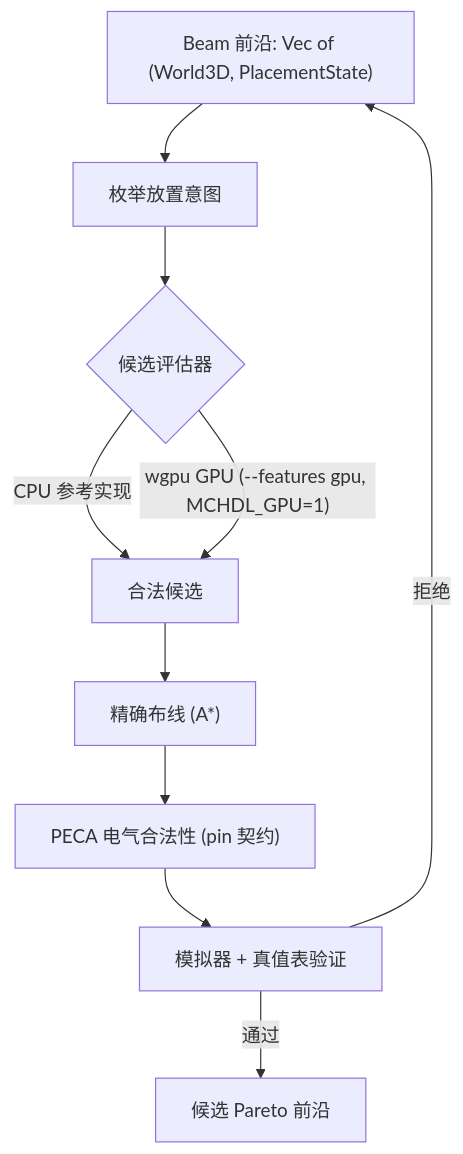
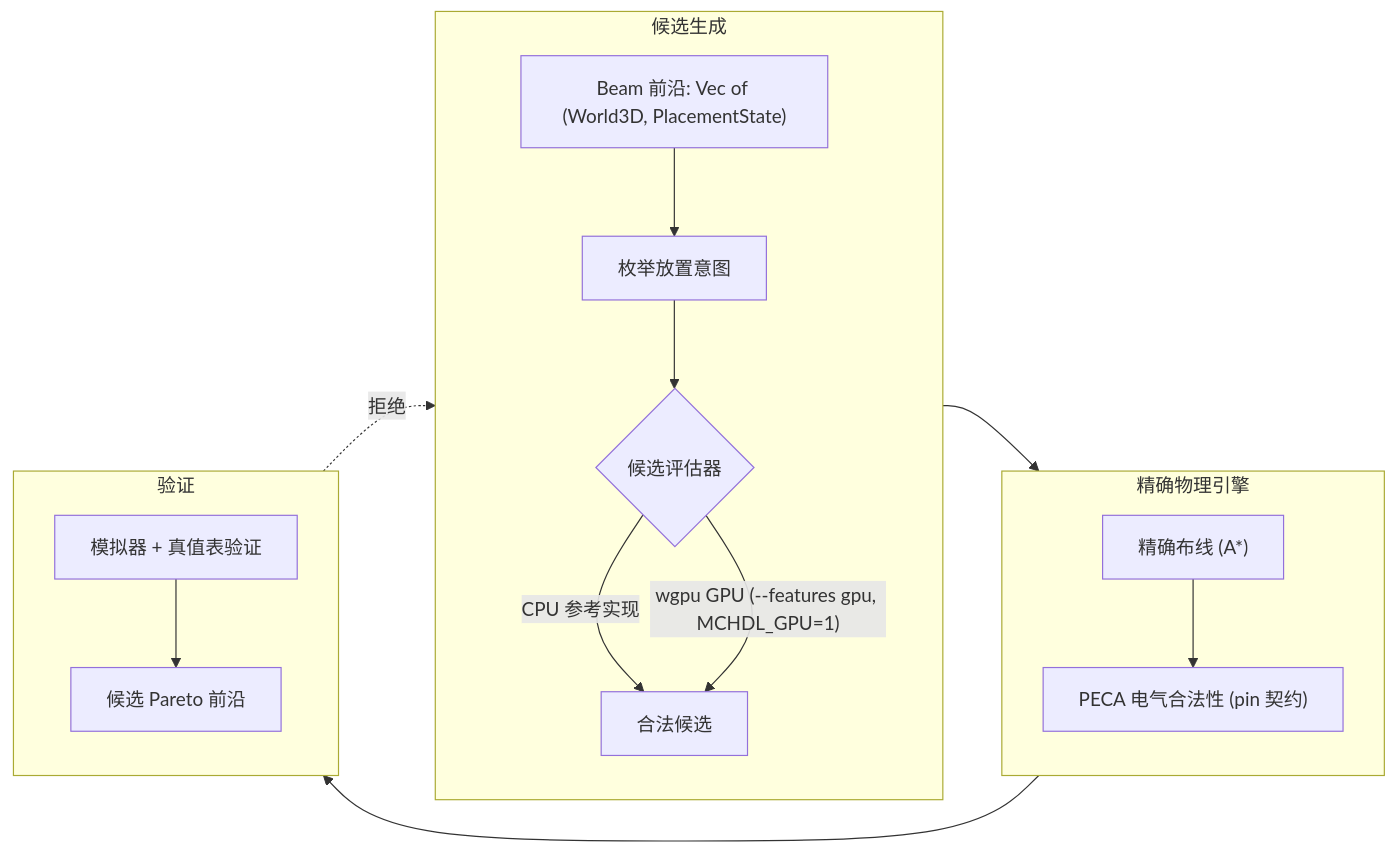
One commit to MineRealms/RedstoneTranslator changed the second of 2 diagrams in README.zh-CN.md. Above: the diagram before and after it, drawn with Mermaid. The commit also changed other lines of this file and 1 other file, not shown here.

Commit message:
Lay out the README diagrams in compact vertical columns
Both Mermaid diagrams now use LR with per-subgraph direction TB, so each stage is a vertical column instead of one long strip; the diagrams fit portrait screens without a long horizontal scroll.

````diff
--- a/README.zh-CN.md
+++ b/README.zh-CN.md
@@ -45,12 +48,21 @@
 ```mermaid
-flowchart TD
-    A["Beam 前沿: Vec of (World3D, PlacementState)"] --> B["枚举放置意图"]
-    B --> D{"候选评估器"}
-    D -->|"CPU 参考实现"| E["合法候选"]
-    D -->|"wgpu GPU (--features gpu, MCHDL_GPU=1)"| E
-    E --> F["精确布线 (A*)"]
-    F --> G["PECA 电气合法性 (pin 契约)"]
-    G --> H["模拟器 + 真值表验证"]
-    H -->|通过| I["候选 Pareto 前沿"]
-    H -->|拒绝| A
+flowchart LR
+    subgraph gen["候选生成"]
+        direction TB
+        A["Beam 前沿: Vec of (World3D, PlacementState)"] --> B["枚举放置意图"]
+        B --> D{"候选评估器"}
+        D -->|"CPU 参考实现"| E["合法候选"]
+        D -->|"wgpu GPU (--features gpu, MCHDL_GPU=1)"| E
+    end
+    subgraph exact["精确物理引擎"]
+        direction TB
+        F["精确布线 (A*)"] --> G["PECA 电气合法性 (pin 契约)"]
+    end
+    subgraph verify2["验证"]
+        direction TB
+        H["模拟器 + 真值表验证"] --> I["候选 Pareto 前沿"]
+    end
+    E --> F
+    G --> H
+    I -.->|拒绝| A
 ```
````
